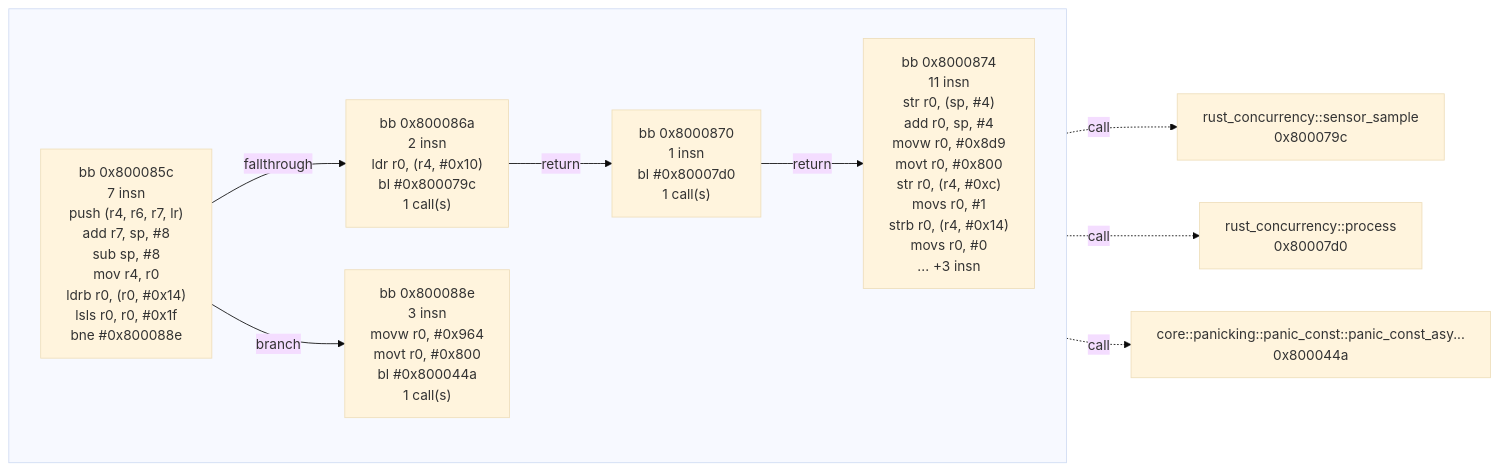
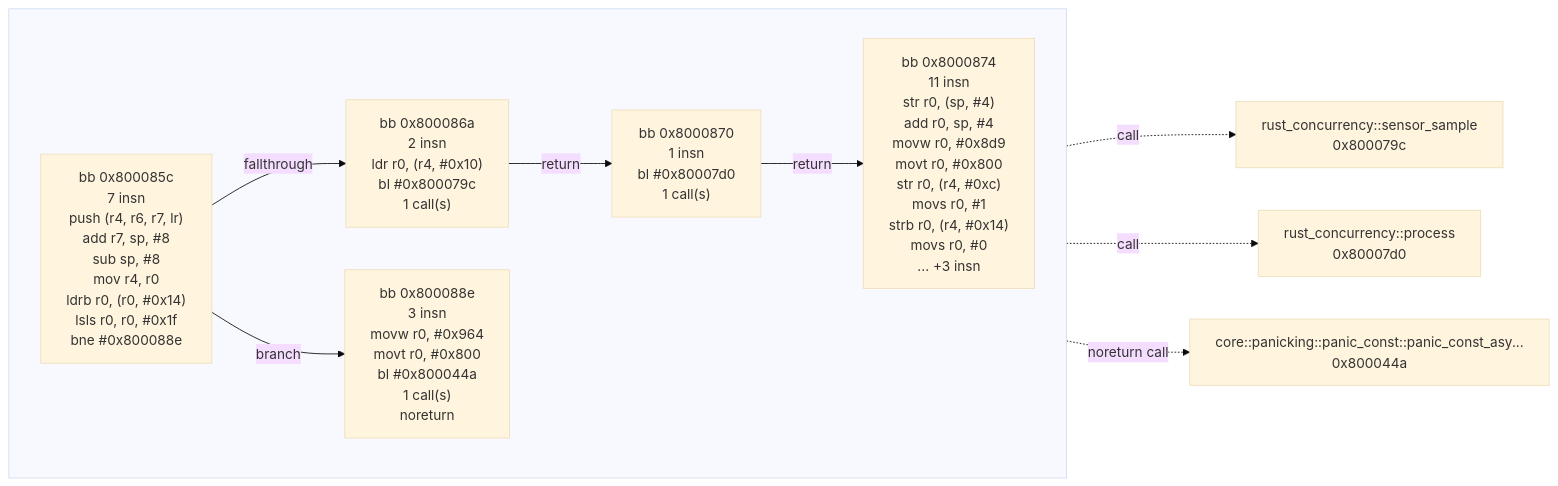
Before and after one commit to kevindadi/elf2tdg: the diagram in examples/rust-concurrency/artifacts/cfg-analysis-sensor.mmd, drawn with Mermaid (base theme). The commit also changed 22 other files, not shown here.

```diff
--- a/examples/rust-concurrency/artifacts/cfg-analysis-sensor.mmd
+++ b/examples/rust-concurrency/artifacts/cfg-analysis-sensor.mmd
@@ -1,19 +1,19 @@
 flowchart LR
   subgraph cfg0["<embassy_executor::raw::TaskStorage<rust_concurrency::__senso...\n0x800085c"]
     direction LR
     b0_134219868["bb 0x800085c<br/>7 insn<br/>push (r4, r6, r7, lr)<br/>add r7, sp, #8<br/>sub sp, #8<br/>mov r4, r0<br/>ldrb r0, (r0, #0x14)<br/>lsls r0, r0, #0x1f<br/>bne #0x800088e"]
     b0_134219882["bb 0x800086a<br/>2 insn<br/>ldr r0, (r4, #0x10)<br/>bl #0x800079c<br/>1 call(s)"]
     b0_134219888["bb 0x8000870<br/>1 insn<br/>bl #0x80007d0<br/>1 call(s)"]
     b0_134219892["bb 0x8000874<br/>11 insn<br/>str r0, (sp, #4)<br/>add r0, sp, #4<br/>movw r0, #0x8d9<br/>movt r0, #0x800<br/>str r0, (r4, #0xc)<br/>movs r0, #1<br/>strb r0, (r4, #0x14)<br/>movs r0, #0<br/>... +3 insn"]
-    b0_134219918["bb 0x800088e<br/>3 insn<br/>movw r0, #0x964<br/>movt r0, #0x800<br/>bl #0x800044a<br/>1 call(s)"]
+    b0_134219918["bb 0x800088e<br/>3 insn<br/>movw r0, #0x964<br/>movt r0, #0x800<br/>bl #0x800044a<br/>1 call(s)<br/>noreturn"]
     b0_134219868 -->|fallthrough| b0_134219882
     b0_134219868 -->|branch| b0_134219918
     b0_134219882 -->|return| b0_134219888
     b0_134219888 -->|return| b0_134219892
   end
   call0["rust_concurrency::sensor_sample<br/>0x800079c"]
   b0_134219882 -.->|call| call0
   call1["rust_concurrency::process<br/>0x80007d0"]
   b0_134219888 -.->|call| call1
   call2["core::panicking::panic_const::panic_const_asy...<br/>0x800044a"]
-  b0_134219918 -.->|call| call2
+  b0_134219918 -.->|noreturn call| call2
```
